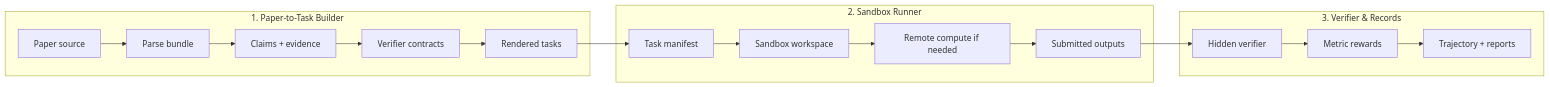
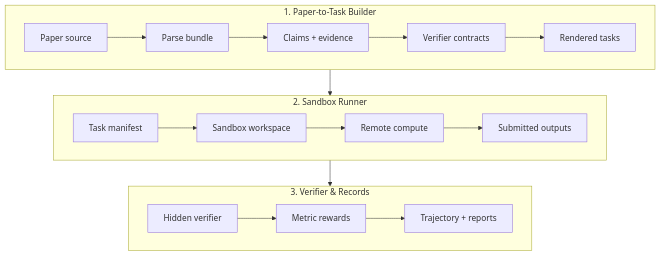
One commit to Seauagain/ReproduceGym changed the diagram in README.md. Above: the diagram before and after it, drawn with Mermaid.

Commit message:
docs: make README architecture diagram vertical
Stack the three architecture modules vertically so the README diagram stays readable on GitHub.

````diff
--- a/README.md
+++ b/README.md
@@ -42,23 +42,20 @@
 ```mermaid
-flowchart LR
+flowchart TB
     subgraph Build["1. Paper-to-Task Builder"]
-        A[Paper source] --> B[Parse bundle]
-        B --> C[Claims + evidence]
-        C --> D[Verifier contracts]
-        D --> E[Rendered tasks]
+        direction LR
+        A[Paper source] --> B[Parse bundle] --> C[Claims + evidence] --> D[Verifier contracts] --> E[Rendered tasks]
     end
 
     subgraph Run["2. Sandbox Runner"]
-        F[Task manifest] --> G[Sandbox workspace]
-        G --> H[Remote compute if needed]
-        H --> I[Submitted outputs]
+        direction LR
+        F[Task manifest] --> G[Sandbox workspace] --> H[Remote compute] --> I[Submitted outputs]
     end
 
     subgraph Verify["3. Verifier & Records"]
-        J[Hidden verifier] --> K[Metric rewards]
-        K --> L[Trajectory + reports]
+        direction LR
+        J[Hidden verifier] --> K[Metric rewards] --> L[Trajectory + reports]
     end
 
     E --> F
     I --> J
 ```
````
